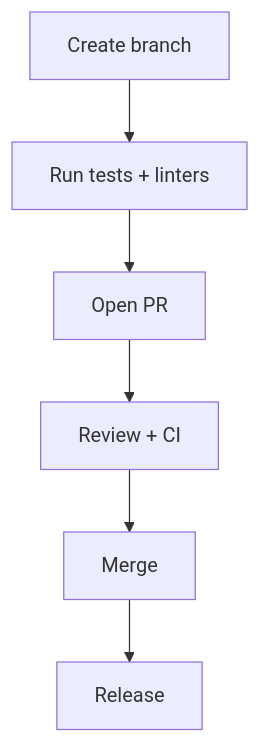
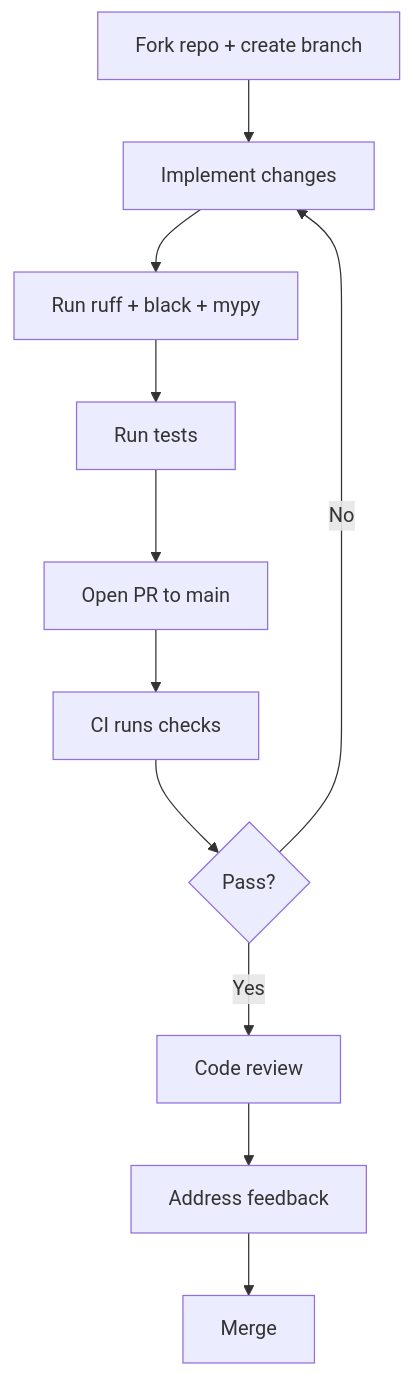
The diagram in docs-site/docs/contributing.md (adimis-ai/ciri-cli), drawn with Mermaid before and after one commit. The commit also changed other lines of this file and 28 other files, not shown here.

````diff
--- a/docs-site/docs/contributing.md
+++ b/docs-site/docs/contributing.md
@@ -27,8 +134,13 @@
 ```mermaid
 flowchart TD
-  A[Create branch] --> B[Run tests + linters]
-  B --> C[Open PR]
-  C --> D[Review + CI]
-  D --> E[Merge]
-  E --> F[Release]
+  A[Fork repo + create branch] --> B[Implement changes]
+  B --> C[Run ruff + black + mypy]
+  C --> D[Run tests]
+  D --> E[Open PR to main]
+  E --> F[CI runs checks]
+  F --> G{Pass?}
+  G -- Yes --> H[Code review]
+  G -- No --> B
+  H --> I[Address feedback]
+  I --> J[Merge]
 ```
````
